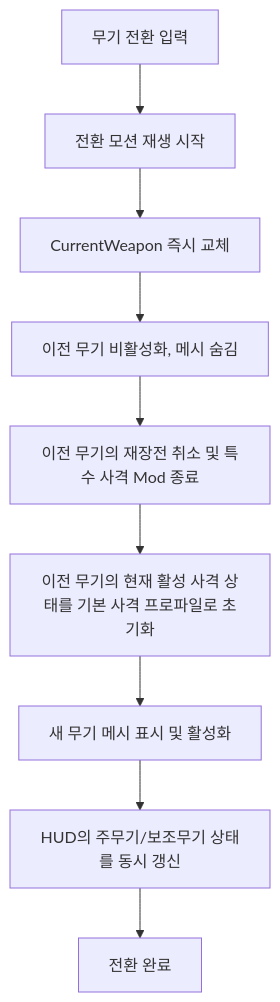
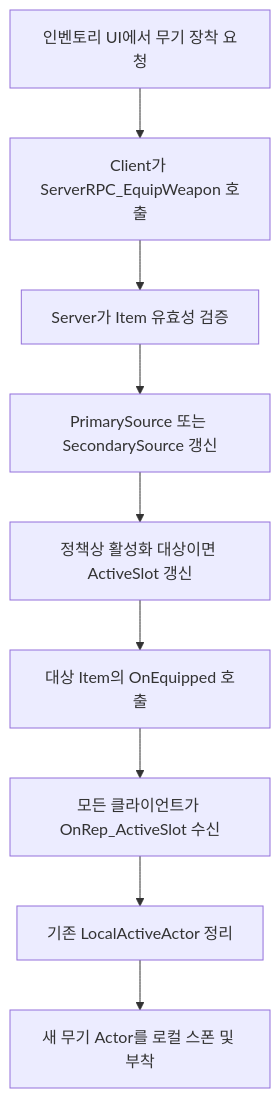
Before and after one commit to TeamApoc/ProjectR: the first of 4 diagrams in Docs/[시스템 기획] 무기_장비.md, drawn with Mermaid. The commit also changed other lines of this file, not shown here.

````diff
--- a/Docs/[시스템 기획] 무기_장비.md
+++ b/Docs/[시스템 기획] 무기_장비.md
@@ -50,11 +180,11 @@
 ```mermaid
 flowchart TD
-    A[무기 전환 입력] --> B[전환 모션 재생 시작]
-    B --> C[CurrentWeapon 즉시 교체]
-    C --> D[이전 무기 비활성화, 메시 숨김]
-    D --> E[이전 무기의 재장전 취소 및 특수 사격 Mod 종료]
-    E --> F[이전 무기의 현재 활성 사격 상태를 기본 사격 프로파일로 초기화]
-    F --> G[새 무기 메시 표시 및 활성화]
-    G --> H[HUD의 주무기/보조무기 상태를 동시 갱신]
-    H --> I[전환 완료]
+    A[인벤토리 UI에서 무기 장착 요청] --> B[Client가 ServerRPC_EquipWeapon 호출]
+    B --> C[Server가 Item 유효성 검증]
+    C --> D[PrimarySource 또는 SecondarySource 갱신]
+    D --> E[정책상 활성화 대상이면 ActiveSlot 갱신]
+    E --> F[대상 Item의 OnEquipped 호출]
+    F --> G[모든 클라이언트가 OnRep_ActiveSlot 수신]
+    G --> H[기존 LocalActiveActor 정리]
+    H --> I[새 무기 Actor를 로컬 스폰 및 부착]
 ```
````
